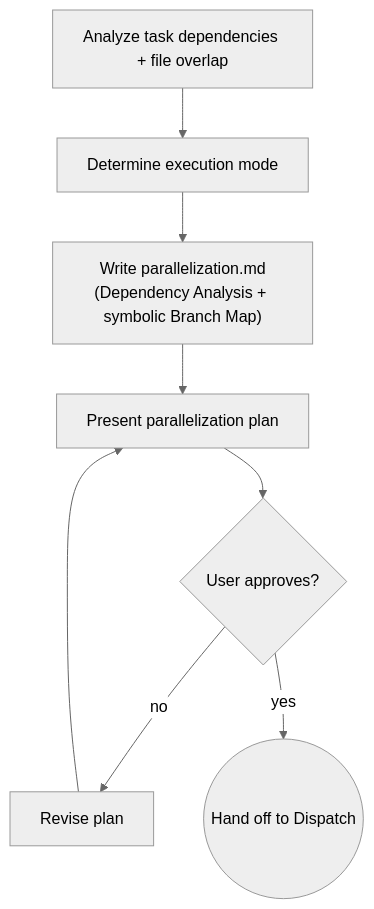
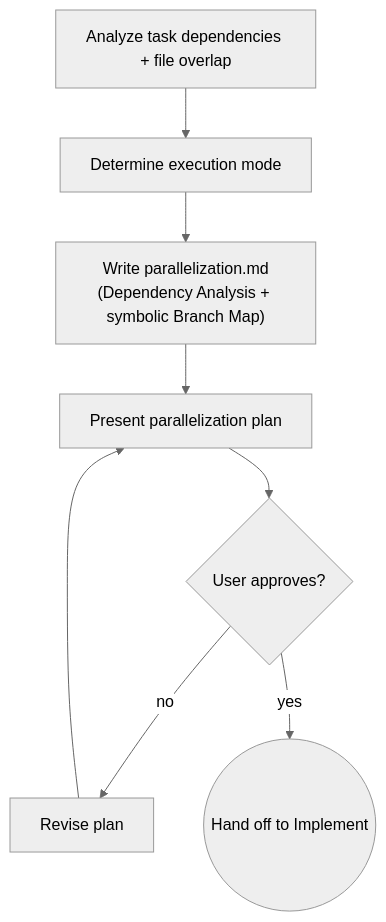
The eighth of 19 diagrams in README.md (dfrysinger/qrspi-plus), drawn with Mermaid (neutral theme) before and after one commit. The commit also changed other lines of this file and 11 other files, not shown here.

````diff
--- a/README.md
+++ b/README.md
@@ -186,10 +185,10 @@
 ```mermaid
 flowchart TD
     A[Analyze task dependencies + file overlap] --> B[Determine execution mode]
     B --> C["Write parallelization.md<br>(Dependency Analysis + symbolic Branch Map)"]
     C --> D[Present parallelization plan]
     D --> E{User approves?}
     E -->|no| F[Revise plan]
     F --> D
-    E -->|yes| G((Hand off to Dispatch))
+    E -->|yes| G((Hand off to Implement))
 ```
````
